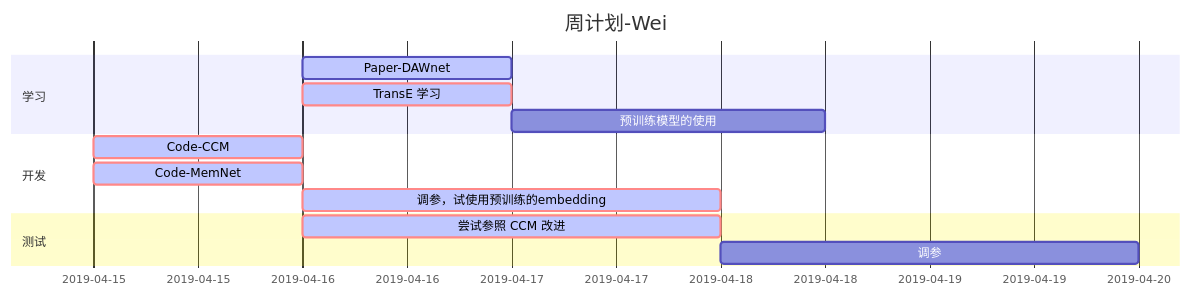
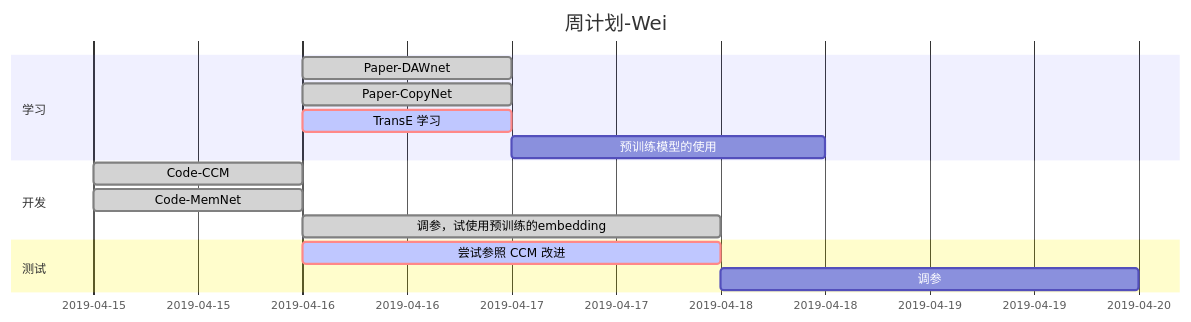
One commit to little-women/reading-list changed the second of 2 diagrams in Planner.md. Above: the diagram before and after it, drawn with Mermaid. The commit also changed 1 other file, not shown here.

````diff
--- a/Planner.md
+++ b/Planner.md
@@ -20,19 +20,20 @@
 ```mermaid
         gantt
         dateFormat  YYYY-MM-DD
         title 周计划-Wei
         
         section 学习
-        Paper-DAWnet      :active, 2019-04-16, 1d
+        Paper-DAWnet      :done, 2019-04-16, 1d
+        Paper-CopyNet     :done,  2019-04-16, 1d
         TransE 学习          :crit, active, study1, 2019-04-16, 1d
         预训练模型的使用          :after study1, 36h
         
         section 开发
-        Code-CCM                      :crit, active,2019-04-15, 1d
-        Code-MemNet                   :crit, active,2019-04-15, 1d
-        调参，试使用预训练的embedding       :crit, active,2019-04-16, 2d
+        Code-CCM                      :done,2019-04-15, 1d
+        Code-MemNet                   :done,2019-04-15, 1d
+        调参，试使用预训练的embedding       :done,2019-04-16, 2d
     
         section 测试
         尝试参照 CCM 改进                   :crit, active, task1, 2019-04-16, 2d
         调参                        :task2, after task1, 2d
 ```
````
